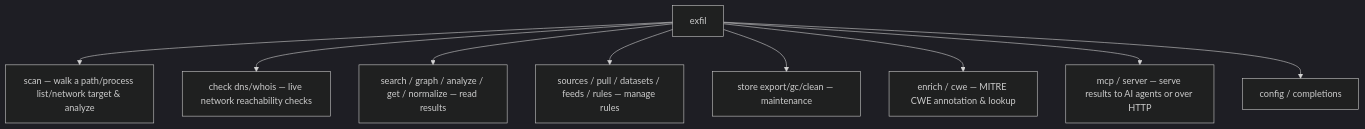
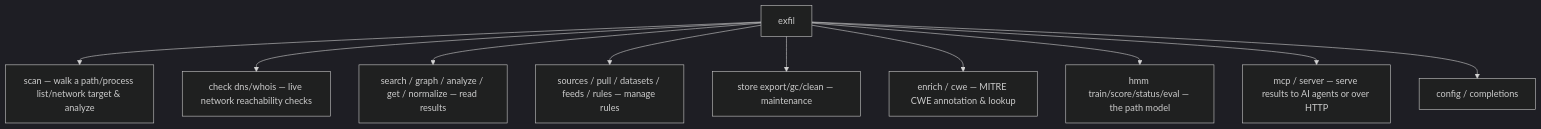
Before and after one commit to rangertaha/exfil: the first of 2 diagrams in docs/src/architecture/cli.md, drawn with Mermaid (dark theme). The commit also changed other lines of this file and 8 other files, not shown here.

````diff
--- a/docs/src/architecture/cli.md
+++ b/docs/src/architecture/cli.md
@@ -21,11 +21,12 @@
 ```mermaid
 flowchart TD
     EXF["exfil"] --> SCAN["scan — walk a path/process list/network target & analyze"]
     EXF --> CHECK["check dns/whois — live network reachability checks"]
     EXF --> QUERY["search / graph / analyze / get / normalize — read results"]
     EXF --> DATA["sources / pull / datasets / feeds / rules — manage rules"]
     EXF --> MAINT["store export/gc/clean — maintenance"]
     EXF --> ENR["enrich / cwe — MITRE CWE annotation & lookup"]
+    EXF --> RANK["hmm train/score/status/eval — the path model"]
     EXF --> SERVE["mcp / server — serve results to AI agents or over HTTP"]
     EXF --> MISC["config / completions"]
 ```
````
